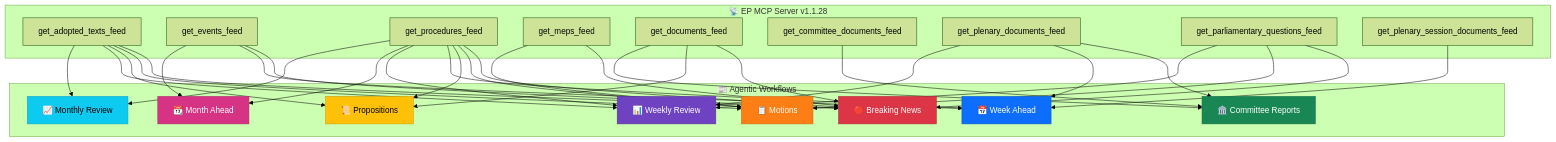
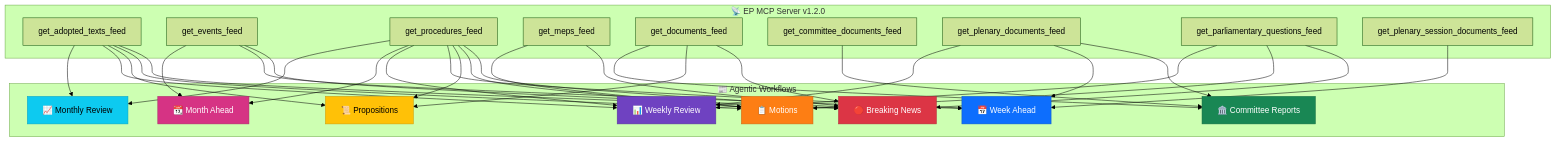
One commit to Hack23/euparliamentmonitor changed the fifth of 7 diagrams in analysis/README.md. Above: the diagram before and after it, drawn with Mermaid (forest theme). The commit also changed other lines of this file and 31 other files, not shown here.

First line of the commit message:
chore: bump european-parliament-mcp-server from 1.1.28 to 1.2.0 across all configs, workflows, docs, and tests

````diff
--- a/analysis/README.md
+++ b/analysis/README.md
@@ -497,44 +497,44 @@
 ```mermaid
 flowchart TD
-    subgraph "📡 EP MCP Server v1.1.28"
+    subgraph "📡 EP MCP Server v1.2.0"
         F1["get_adopted_texts_feed"]
         F2["get_events_feed"]
         F3["get_procedures_feed"]
         F4["get_meps_feed"]
         F5["get_documents_feed"]
         F6["get_committee_documents_feed"]
         F7["get_plenary_documents_feed"]
         F8["get_parliamentary_questions_feed"]
         F9["get_plenary_session_documents_feed"]
     end
 
     subgraph "📰 Agentic Workflows"
         W1["🔴 Breaking News"]
         W2["📋 Motions"]
         W3["📜 Propositions"]
         W4["🏛️ Committee Reports"]
         W5["📅 Week Ahead"]
         W6["📊 Weekly Review"]
         W7["📆 Month Ahead"]
         W8["📈 Monthly Review"]
     end
 
     F1 --> W1 & W2 & W3 & W6 & W8
     F2 --> W1 & W5 & W7
     F3 --> W1 & W2 & W3 & W5 & W6 & W7 & W8
     F4 --> W1 & W2
     F5 --> W1 & W3 & W4
     F6 --> W4
     F7 --> W4 & W5 & W6
     F8 --> W1 & W2 & W6
     F9 --> W5
 
     style W1 fill:#dc3545,stroke:#b02a37,color:#fff
     style W2 fill:#fd7e14,stroke:#ca6510,color:#fff
     style W3 fill:#ffc107,stroke:#cc9a06,color:#000
     style W4 fill:#198754,stroke:#146c43,color:#fff
     style W5 fill:#0d6efd,stroke:#0a58ca,color:#fff
     style W6 fill:#6f42c1,stroke:#59359a,color:#fff
     style W7 fill:#d63384,stroke:#ab296a,color:#fff
     style W8 fill:#0dcaf0,stroke:#0aa2c0,color:#000
 ```
````
